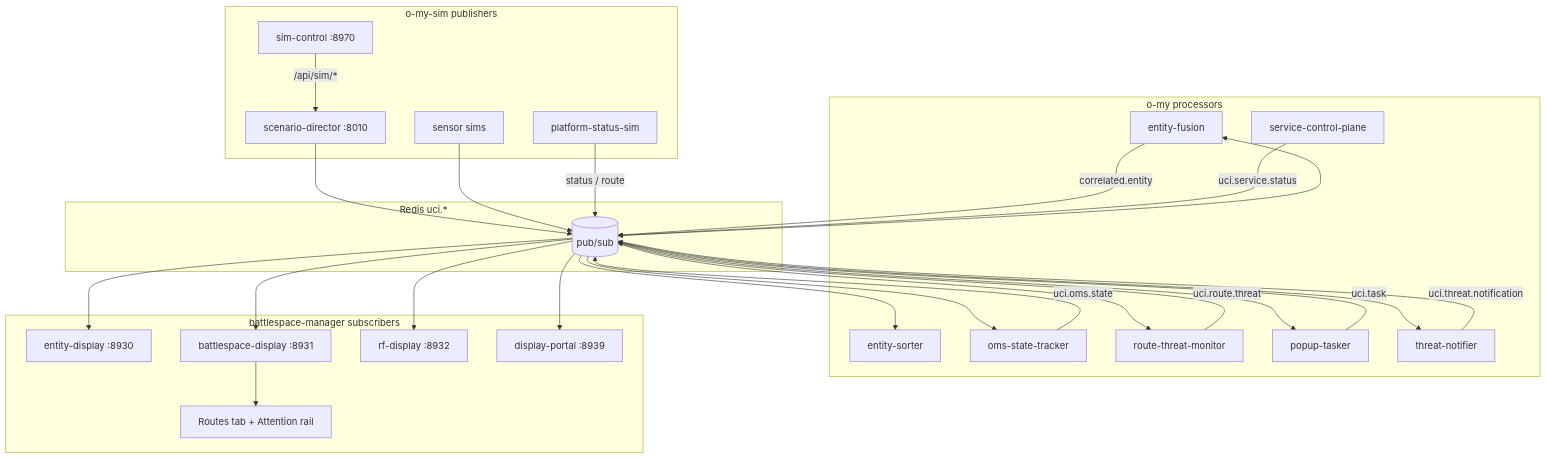
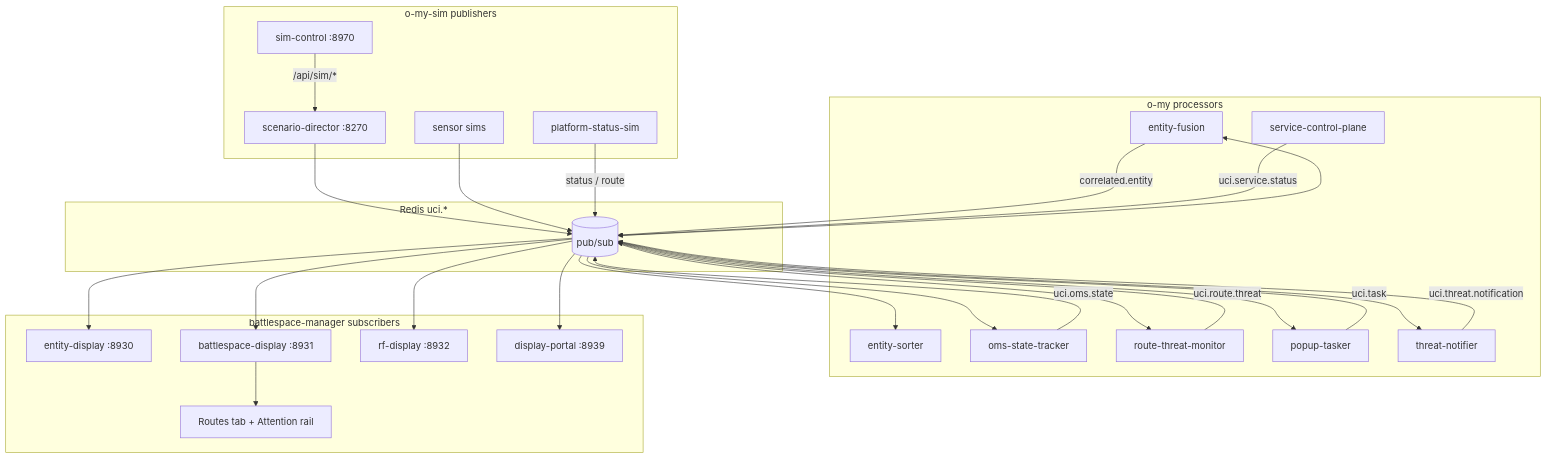
Before and after one commit to mowgli42/battlespace-manager: the first of 4 diagrams in README.md, drawn with Mermaid. The commit also changed other lines of this file and 9 other files, not shown here.

First line of the commit message:
Document timeline lanes, F2T2EA kanban, and deconflicted ports

````diff
--- a/README.md
+++ b/README.md
@@ -233,49 +242,49 @@
 ```mermaid
 flowchart TB
   subgraph omy [o-my processors]
     FUSE[entity-fusion]
     SORT[entity-sorter]
     OMS[oms-state-tracker]
     RTM[route-threat-monitor]
     POP[popup-tasker]
     NOTE[threat-notifier]
     CP[service-control-plane]
   end
   subgraph omysim [o-my-sim publishers]
-    SD[scenario-director :8010]
+    SD[scenario-director :8270]
     SNS[sensor sims]
     PLAT[platform-status-sim]
     SimCtrl[sim-control :8970]
   end
   subgraph bus [Redis uci.*]
     REDIS[(pub/sub)]
   end
   subgraph bm [battlespace-manager subscribers]
     ED[entity-display :8930]
     BD[battlespace-display :8931]
     RF[rf-display :8932]
     ROUTES[Routes tab + Attention rail]
     PORTAL[display-portal :8939]
   end
   SimCtrl -->|/api/sim/*| SD
   SD --> REDIS
   SNS --> REDIS
   PLAT -->|status / route| REDIS
   REDIS --> FUSE
   FUSE -->|correlated.entity| REDIS
   REDIS --> SORT
   REDIS --> OMS
   OMS -->|uci.oms.state| REDIS
   REDIS --> RTM
   RTM -->|uci.route.threat| REDIS
   REDIS --> POP
   POP -->|uci.task| REDIS
   REDIS --> NOTE
   NOTE -->|uci.threat.notification| REDIS
   CP -->|uci.service.status| REDIS
   REDIS --> ED
   REDIS --> BD
   REDIS --> RF
   BD --> ROUTES
   REDIS --> PORTAL
 ```
````
